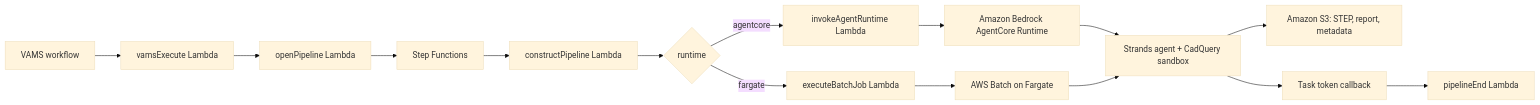
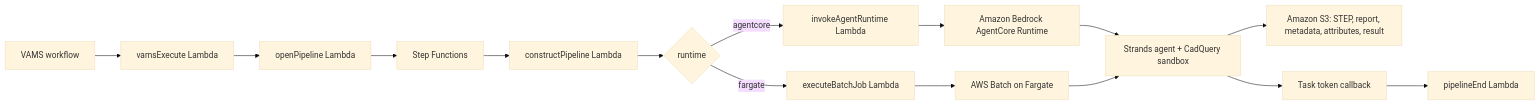
The diagram in documentation/docusaurus-site/docs/pipelines/genai-cad-step-agent.md (awslabs/visual-asset-management-system), drawn with Mermaid (base theme) before and after one commit. The commit also changed other lines of this file and 7 other files, not shown here.

First line of the commit message:
docs(cad-step-agent): document the file attributes, the results files and outputS3AssetResultsPath

````diff
--- a/documentation/docusaurus-site/docs/pipelines/genai-cad-step-agent.md
+++ b/documentation/docusaurus-site/docs/pipelines/genai-cad-step-agent.md
@@ -52,15 +71,15 @@
 ```mermaid
 flowchart LR
     A[VAMS workflow] --> B[vamsExecute Lambda]
     B --> C[openPipeline Lambda]
     C --> D[Step Functions]
     D --> E[constructPipeline Lambda]
     E --> F{runtime}
     F -->|agentcore| G[invokeAgentRuntime Lambda] --> H[Amazon Bedrock AgentCore Runtime]
     F -->|fargate| I[executeBatchJob Lambda] --> J[AWS Batch on Fargate]
     H --> K[Strands agent + CadQuery sandbox]
     J --> K
-    K --> L[Amazon S3: STEP, report, metadata]
+    K --> L[Amazon S3: STEP, report, metadata, attributes, result]
     K --> M[Task token callback]
     M --> N[pipelineEnd Lambda]
 ```
````
